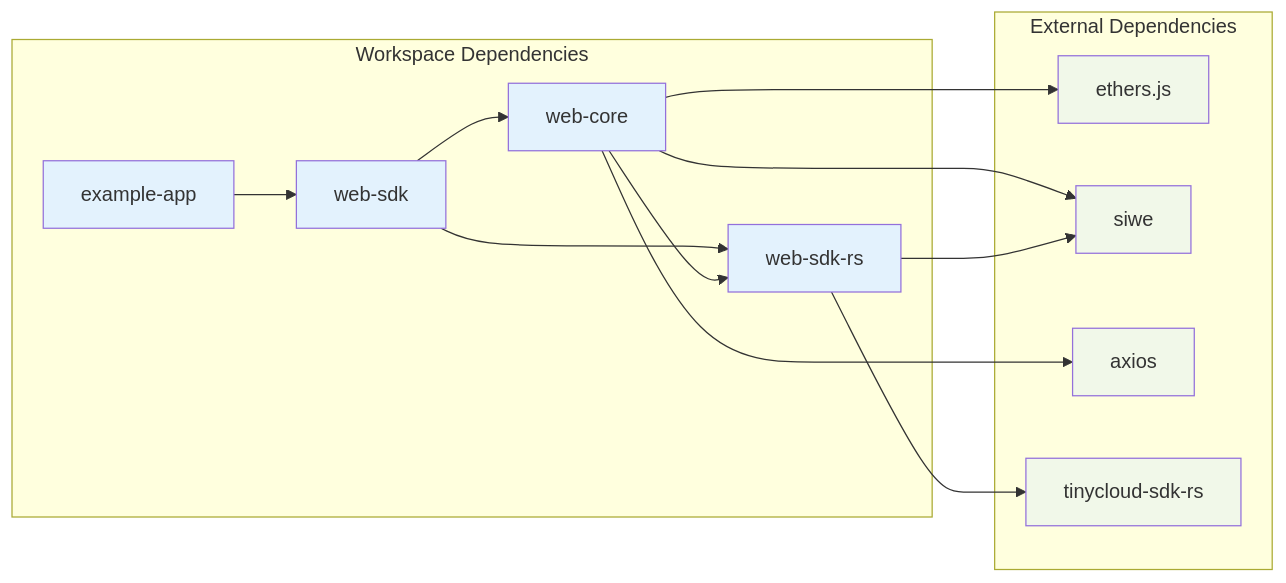
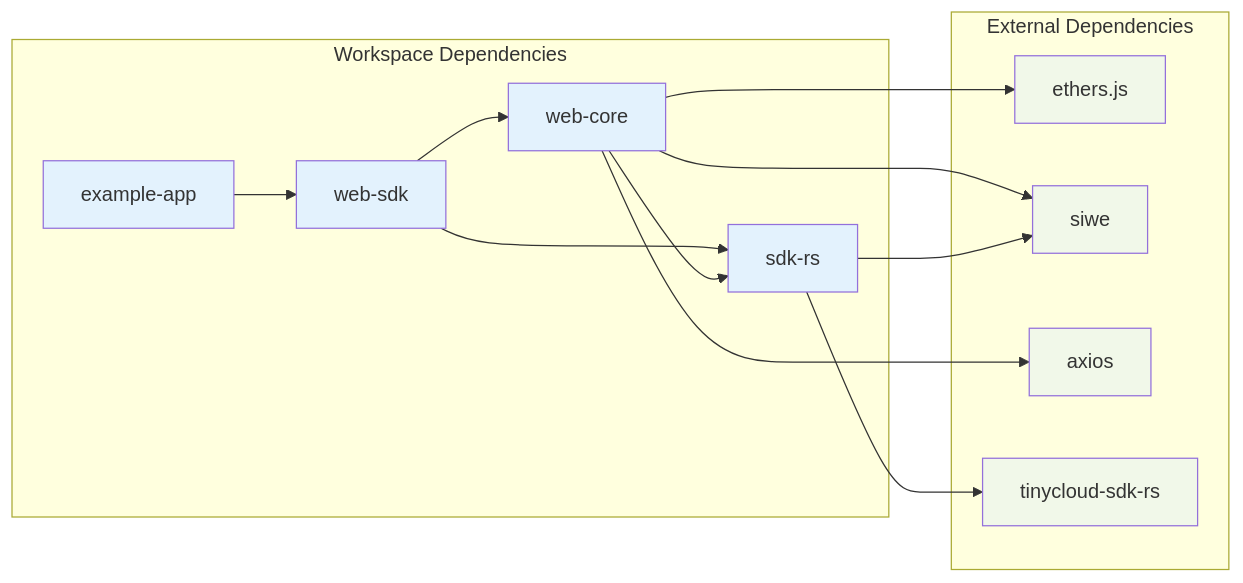
One commit to TinyCloudLabs/web-sdk changed the second of 9 diagrams in architecture.md. Above: the diagram before and after it, drawn with Mermaid. The commit also changed other lines of this file and 60 other files, not shown here.

Commit message:
refactor web-sdk into js-sdk

````diff
--- a/architecture.md
+++ b/architecture.md
@@ -88,32 +89,32 @@
 ```mermaid
 graph LR
     subgraph "Workspace Dependencies"
         WS[web-sdk]
         WC[web-core]
-        WR[web-sdk-rs]
+        WR[sdk-rs]
         EX[example-app]
     end
     
     subgraph "External Dependencies"
         ET[ethers.js]
         SW[siwe]
         AX[axios]
         TC[tinycloud-sdk-rs]
     end
     
     WS --> WC
     WS --> WR
     WC --> WR
     WC --> ET
     WC --> SW
     WC --> AX
     WR --> TC
     WR --> SW
     EX --> WS
     
     classDef workspace fill:#e3f2fd
     classDef external fill:#f1f8e9
     
     class WS,WC,WR,EX workspace
     class ET,SW,AX,TC external
 ```
````
